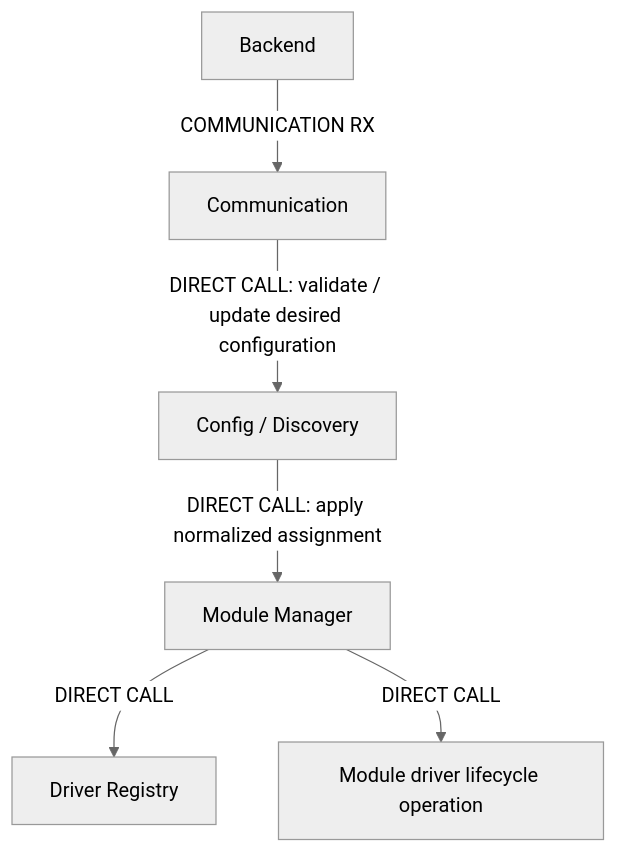
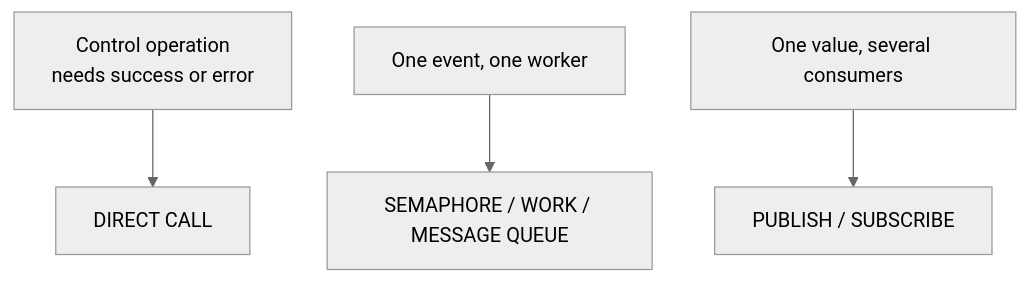
Diagram 14 of 17 in Firmware/core/ARCHITECTURE.md (andreapiccini/SpaghettiLAB), drawn with Mermaid (neutral theme) before and after one commit. The commit also changed other lines of this file and 164 other files, not shown here.

````diff
--- a/Firmware/core/ARCHITECTURE.md
+++ b/Firmware/core/ARCHITECTURE.md
@@ -294,15 +455,13 @@
 ```mermaid
 flowchart TB
-    BE["Backend"]
-    COMM["Communication"]
-    CD["Config / Discovery"]
-    MM["Module Manager"]
-    REG["Driver Registry"]
-    LC["Module driver lifecycle operation"]
+    CONTROL["Control operation<br/>needs success or error"]
+    DIRECT["DIRECT CALL"]
+    EVENT["One event, one worker"]
+    QUEUE["SEMAPHORE / WORK / MESSAGE QUEUE"]
+    VALUE["One value, several consumers"]
+    PUBSUB["PUBLISH / SUBSCRIBE"]
 
-    BE -->|"COMMUNICATION RX"| COMM
-    COMM -->|"DIRECT CALL: validate / update desired configuration"| CD
-    CD -->|"DIRECT CALL: apply normalized assignment"| MM
-    MM -->|"DIRECT CALL"| REG
-    MM -->|"DIRECT CALL"| LC
+    CONTROL --> DIRECT
+    EVENT --> QUEUE
+    VALUE --> PUBSUB
 ```
````
